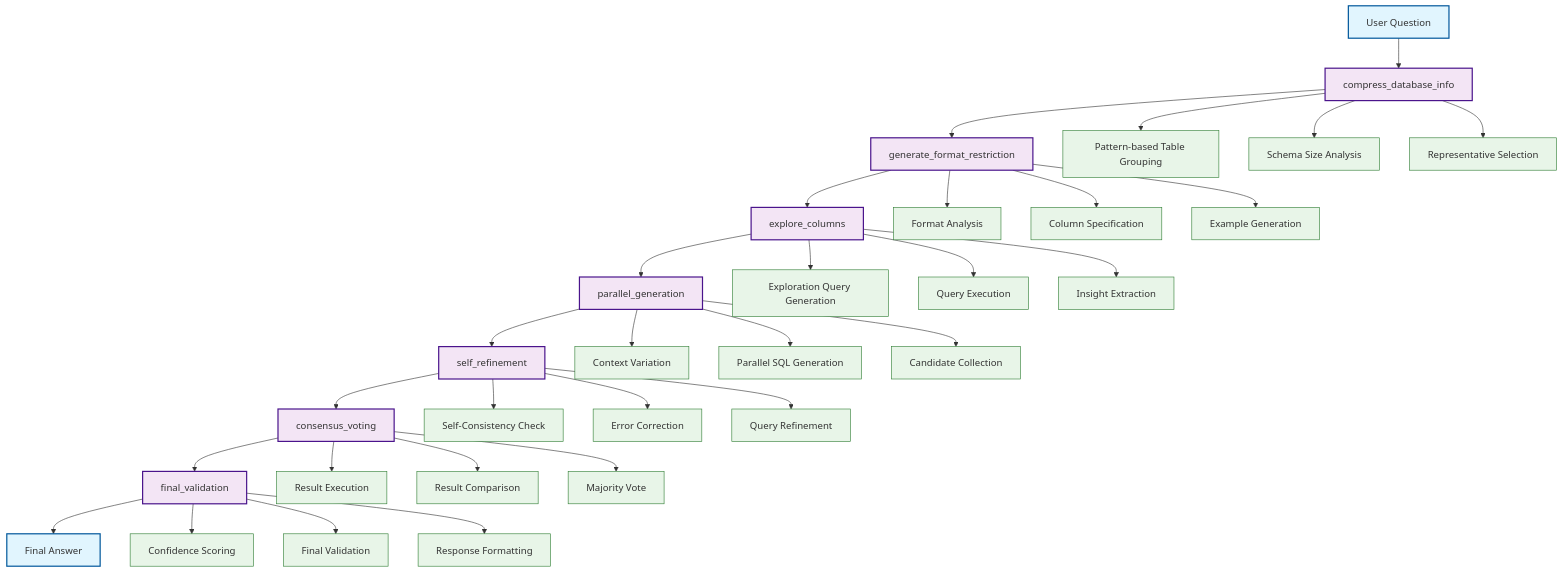
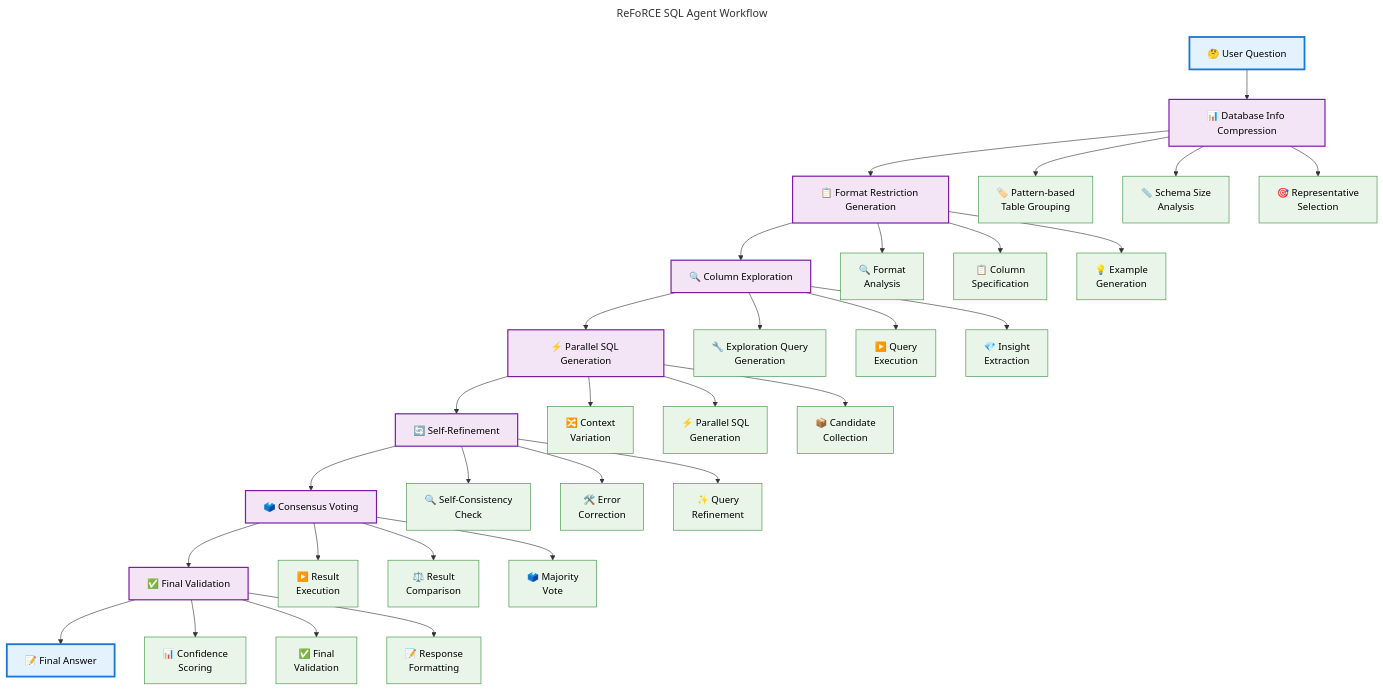
The diagram in docs/source/architecture/reforce-sql-agent-workflow.mmd (project-ryoma/ryoma), drawn with Mermaid before and after one commit. The commit also changed 32 other files, not shown here.

```diff
--- a/docs/source/architecture/reforce-sql-agent-workflow.mmd
+++ b/docs/source/architecture/reforce-sql-agent-workflow.mmd
@@ -1,48 +1,58 @@
+---
+title: ReFoRCE SQL Agent Workflow
+---
 graph TD
-    A[User Question] --> B[compress_database_info]
-    B --> C[generate_format_restriction]
-    C --> D[explore_columns]
-    D --> E[parallel_generation]
-    E --> F[self_refinement]
-    F --> G[consensus_voting]
-    G --> H[final_validation]
-    H --> I[Final Answer]
-    
-    %% Detailed sub-processes
-    B --> B1[Pattern-based Table Grouping]
-    B --> B2[Schema Size Analysis]
-    B --> B3[Representative Selection]
-    
-    C --> C1[Format Analysis]
-    C --> C2[Column Specification]
-    C --> C3[Example Generation]
-    
-    D --> D1[Exploration Query Generation]
-    D --> D2[Query Execution]
-    D --> D3[Insight Extraction]
-    
-    E --> E1[Context Variation]
-    E --> E2[Parallel SQL Generation]
-    E --> E3[Candidate Collection]
-    
-    F --> F1[Self-Consistency Check]
-    F --> F2[Error Correction]
-    F --> F3[Query Refinement]
-    
-    G --> G1[Result Execution]
-    G --> G2[Result Comparison]
-    G --> G3[Majority Vote]
-    
-    H --> H1[Confidence Scoring]
-    H --> H2[Final Validation]
-    H --> H3[Response Formatting]
-    
+    %% Main Workflow
+    A[🤔 User Question] --> B[📊 Database Info Compression]
+    B --> C[📋 Format Restriction Generation]
+    C --> D[🔍 Column Exploration]
+    D --> E[⚡ Parallel SQL Generation]
+    E --> F[🔄 Self-Refinement]
+    F --> G[🗳️ Consensus Voting]
+    G --> H[✅ Final Validation]
+    H --> I[📝 Final Answer]
+
+    %% Database Info Compression Details
+    B --> B1[🏷️ Pattern-based<br/>Table Grouping]
+    B --> B2[📏 Schema Size<br/>Analysis]
+    B --> B3[🎯 Representative<br/>Selection]
+
+    %% Format Restriction Details
+    C --> C1[🔍 Format<br/>Analysis]
+    C --> C2[📋 Column<br/>Specification]
+    C --> C3[💡 Example<br/>Generation]
+
+    %% Column Exploration Details
+    D --> D1[🔧 Exploration Query<br/>Generation]
+    D --> D2[▶️ Query<br/>Execution]
+    D --> D3[💎 Insight<br/>Extraction]
+
+    %% Parallel Generation Details
+    E --> E1[🔀 Context<br/>Variation]
+    E --> E2[⚡ Parallel SQL<br/>Generation]
+    E --> E3[📦 Candidate<br/>Collection]
+
+    %% Self-Refinement Details
+    F --> F1[🔍 Self-Consistency<br/>Check]
+    F --> F2[🛠️ Error<br/>Correction]
+    F --> F3[✨ Query<br/>Refinement]
+
+    %% Consensus Voting Details
+    G --> G1[▶️ Result<br/>Execution]
+    G --> G2[⚖️ Result<br/>Comparison]
+    G --> G3[🗳️ Majority<br/>Vote]
+
+    %% Final Validation Details
+    H --> H1[📊 Confidence<br/>Scoring]
+    H --> H2[✅ Final<br/>Validation]
+    H --> H3[📝 Response<br/>Formatting]
+
     %% Styling
-    classDef startEnd fill:#e1f5fe,stroke:#01579b,stroke-width:2px
-    classDef mainProcess fill:#f3e5f5,stroke:#4a148c,stroke-width:2px
-    classDef subProcess fill:#e8f5e8,stroke:#2e7d32,stroke-width:1px
-    classDef innovation fill:#fff3e0,stroke:#f57c00,stroke-width:2px
-    
+    classDef startEnd fill:#e3f2fd,stroke:#1976d2,stroke-width:3px,color:#000
+    classDef mainProcess fill:#f3e5f5,stroke:#7b1fa2,stroke-width:2px,color:#000
+    classDef subProcess fill:#e8f5e8,stroke:#388e3c,stroke-width:1px,color:#000
+    classDef innovation fill:#fff8e1,stroke:#f57c00,stroke-width:2px,color:#000
+
     class A,I startEnd
     class B,C,D,E,F,G,H mainProcess
     class B1,B2,B3,C1,C2,C3,D1,D2,D3,E1,E2,E3,F1,F2,F3,G1,G2,G3,H1,H2,H3 subProcess
```
